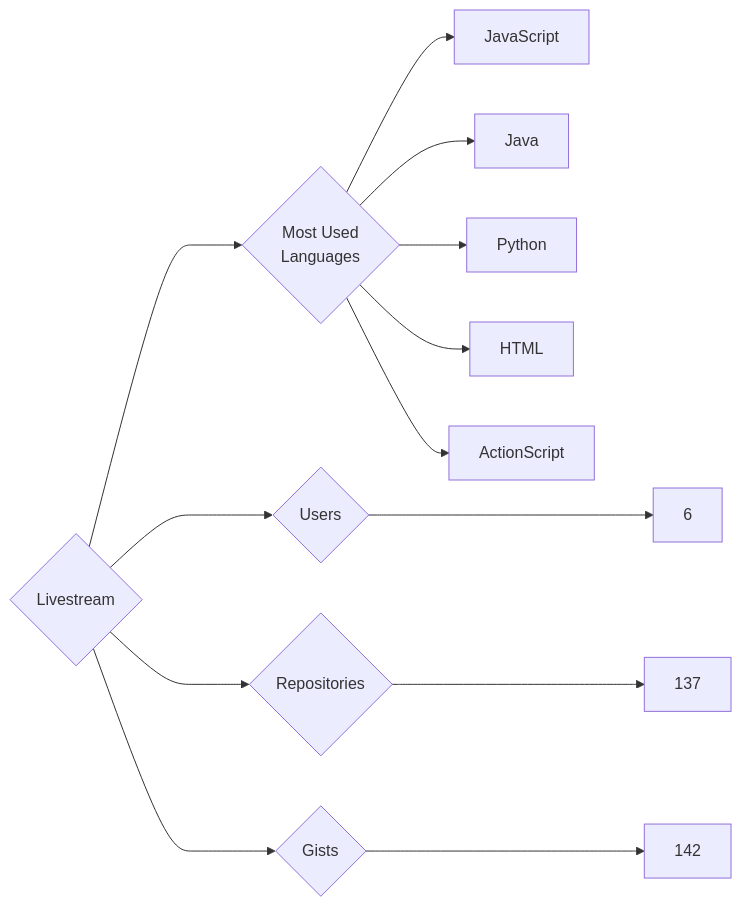
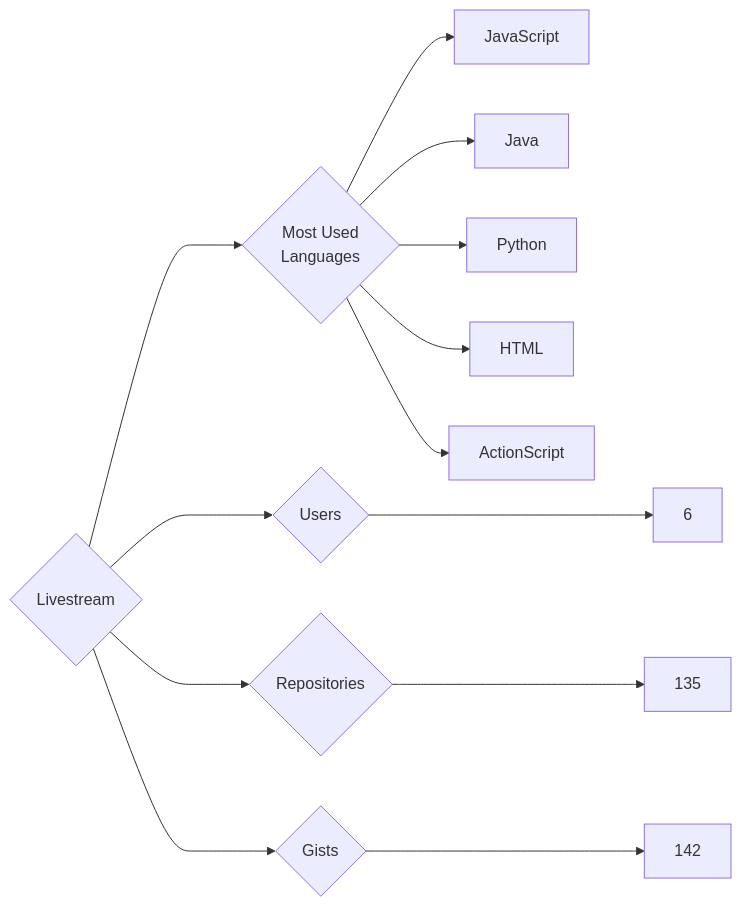
The diagram in targets/Livestream/README.md (trickest/insiders), drawn with Mermaid before and after one commit. The commit also changed 870 other files, not shown here.

````diff
--- a/targets/Livestream/README.md
+++ b/targets/Livestream/README.md
@@ -3,13 +3,13 @@
 ```mermaid
 graph LR
 COMPANY_NAME{Livestream}
 COMPANY_NAME ---> U{Users} ---> UN[6]
-COMPANY_NAME ---> R{Repositories} ---> RN[137]
+COMPANY_NAME ---> R{Repositories} ---> RN[135]
 COMPANY_NAME ---> G{Gists} ---> GN[142]
 COMPANY_NAME ---> ML{Most Used<br>Languages}
 ML --> JavaScript[JavaScript]
 ML --> Java[Java]
 ML --> Python[Python]
 ML --> HTML[HTML]
 ML --> ActionScript[ActionScript]
 ```
````
